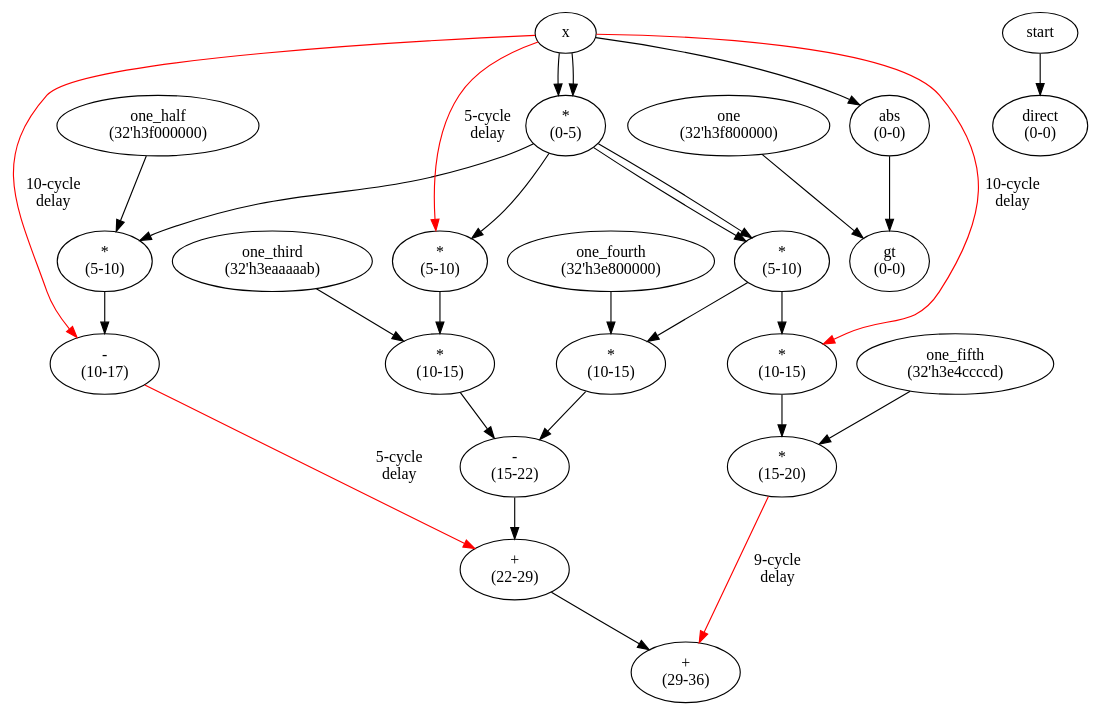
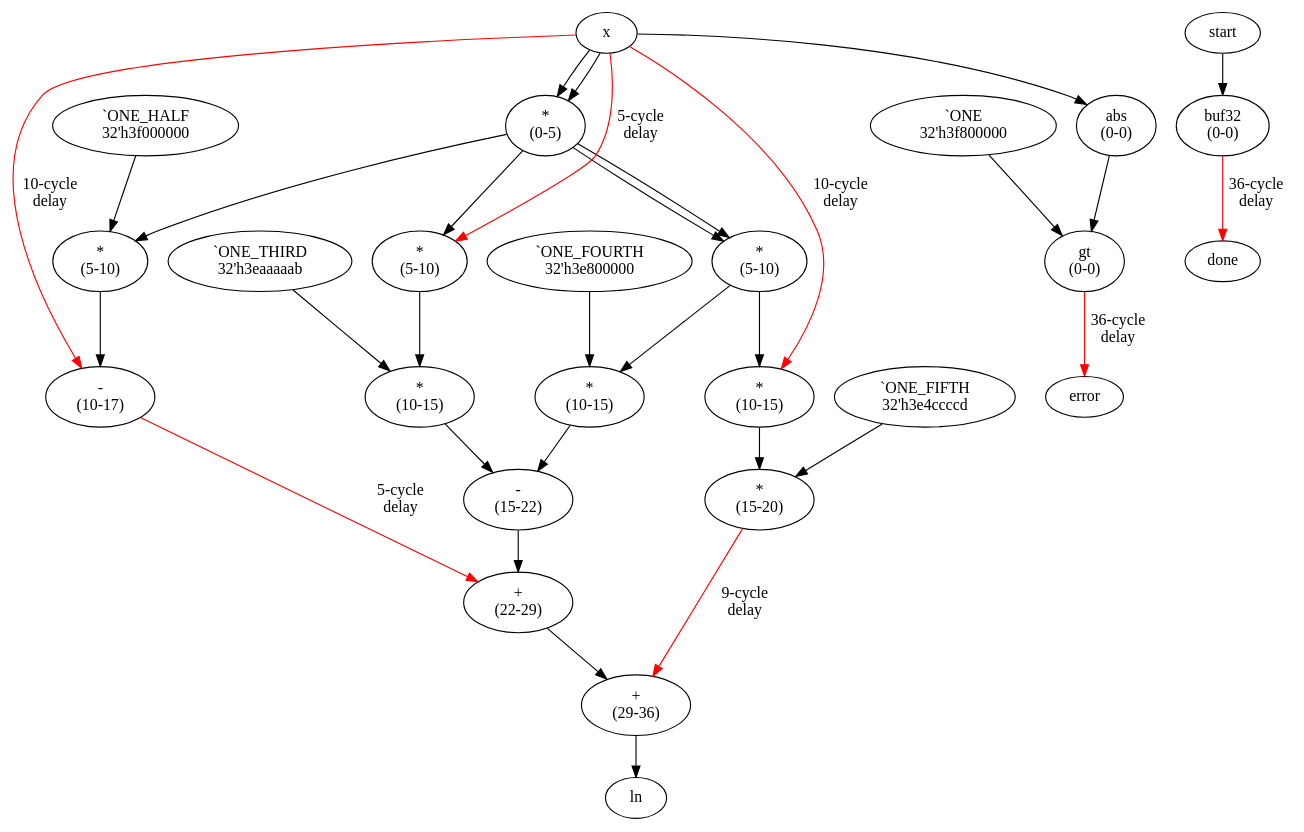
The diagram in ln_latency_core.gv (jpouellet/pipeliner), drawn with Graphviz before and after one commit. The commit also changed 9 other files, not shown here.

```diff
--- a/ln_latency_core.gv
+++ b/ln_latency_core.gv
@@ -1,70 +1,76 @@
 digraph {
-	"one_half" [label="one_half
-(32'h3f000000)"]
-	"one_third" [label="one_third
-(32'h3eaaaaab)"]
-	"one_fifth" [label="one_fifth
-(32'h3e4ccccd)"]
-	"one_fourth" [label="one_fourth
-(32'h3e800000)"]
-	"one" [label="one
-(32'h3f800000)"]
-	"done" [label="direct
+	"ONE_HALF" [label="`ONE_HALF
+32'h3f000000"]
+	"ONE_THIRD" [label="`ONE_THIRD
+32'h3eaaaaab"]
+	"ONE_FOURTH" [label="`ONE_FOURTH
+32'h3e800000"]
+	"ONE_FIFTH" [label="`ONE_FIFTH
+32'h3e4ccccd"]
+	"ONE" [label="`ONE
+32'h3f800000"]
+	"ln output" [label="ln"]
+	"done output" [label="done"]
+	"error output" [label="error"]
+	"done" [label="buf32
 (0-0)"]
 	"x_abs" [label="abs
 (0-0)"]
 	"error" [label="gt
 (0-0)"]
 	"e2" [label="*
 (0-5)"]
 	"t2" [label="*
 (5-10)"]
 	"e3" [label="*
 (5-10)"]
 	"e4" [label="*
 (5-10)"]
 	"s12" [label="-
 (10-17)"]
 	"e5" [label="*
 (10-15)"]
 	"t3" [label="*
 (10-15)"]
 	"t4" [label="*
 (10-15)"]
 	"s34" [label="-
 (15-22)"]
 	"t5" [label="*
 (15-20)"]
 	"s1234" [label="+
 (22-29)"]
 	"ln" [label="+
 (29-36)"]
 	"start" -> "done";
 	"x" -> "x_abs";
 	"x_abs" -> "error";
-	"one" -> "error";
+	"ONE" -> "error";
 	"x" -> "e2";
 	"x" -> "e2";
 	"e2" -> "t2";
-	"one_half" -> "t2";
+	"ONE_HALF" -> "t2";
 	"e2" -> "e3";
 	"x" -> "e3" [label="5-cycle\ndelay", color=red];
 	"e2" -> "e4";
 	"e2" -> "e4";
 	"x" -> "s12" [label="10-cycle\ndelay", color=red];
 	"t2" -> "s12";
 	"e4" -> "e5";
 	"x" -> "e5" [label="10-cycle\ndelay", color=red];
 	"e3" -> "t3";
-	"one_third" -> "t3";
+	"ONE_THIRD" -> "t3";
 	"e4" -> "t4";
-	"one_fourth" -> "t4";
+	"ONE_FOURTH" -> "t4";
 	"t3" -> "s34";
 	"t4" -> "s34";
 	"e5" -> "t5";
-	"one_fifth" -> "t5";
+	"ONE_FIFTH" -> "t5";
 	"s12" -> "s1234" [label="5-cycle\ndelay", color=red];
 	"s34" -> "s1234";
 	"s1234" -> "ln";
 	"t5" -> "ln" [label="9-cycle\ndelay", color=red];
+	"ln" -> "ln output";
+	"done" -> "done output" [label="36-cycle\ndelay", color=red];
+	"error" -> "error output" [label="36-cycle\ndelay", color=red];
 }
```
